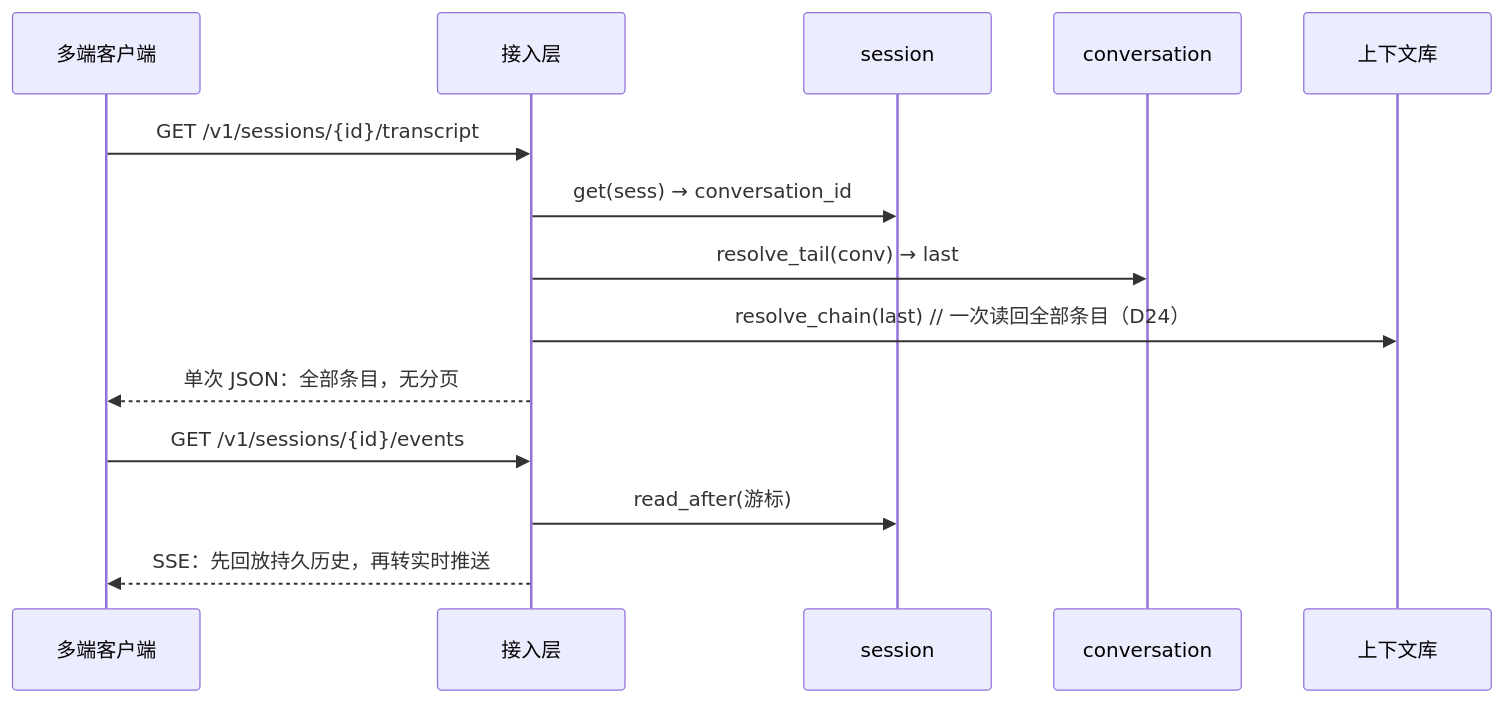
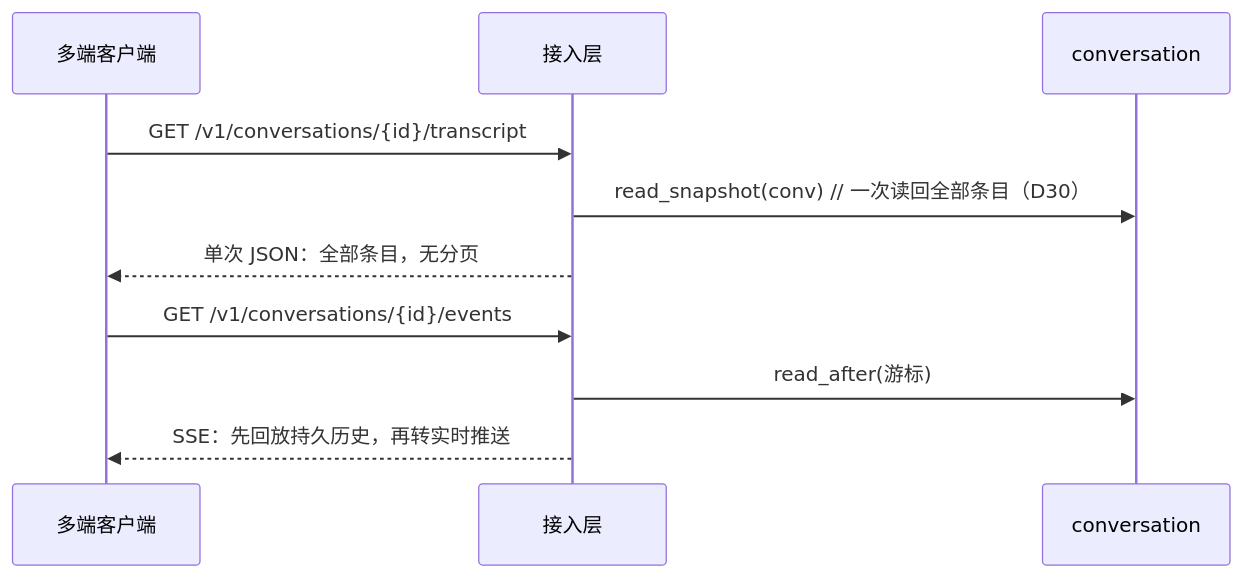
Before and after one commit to charleslyh/nova-chat: the sixth of 6 diagrams in docs/design/07-conversations-and-sessions.md, drawn with Mermaid. The commit also changed other lines of this file and 58 other files, not shown here.

First line of the commit message:
refactor(responses): split storage per D30 — responses on event stream, conversation holds durable snapshot

````diff
--- a/docs/design/07-conversations-and-sessions.md
+++ b/docs/design/07-conversations-and-sessions.md
@@ -175,18 +156,14 @@
 ```mermaid
 sequenceDiagram
     participant C as 多端客户端
     participant GW as 接入层
-    participant SES as session
     participant CVS as conversation
-    participant CTX as 上下文库
 
-    C->>GW: GET /v1/sessions/{id}/transcript
-    GW->>SES: get(sess) → conversation_id
-    GW->>CVS: resolve_tail(conv) → last
-    GW->>CTX: resolve_chain(last)          // 一次读回全部条目（D24）
+    C->>GW: GET /v1/conversations/{id}/transcript
+    GW->>CVS: read_snapshot(conv)          // 一次读回全部条目（D30）
     GW-->>C: 单次 JSON：全部条目，无分页
 
-    C->>GW: GET /v1/sessions/{id}/events
-    GW->>SES: read_after(游标)
+    C->>GW: GET /v1/conversations/{id}/events
+    GW->>CVS: read_after(游标)
     GW-->>C: SSE：先回放持久历史，再转实时推送
 ```
````
